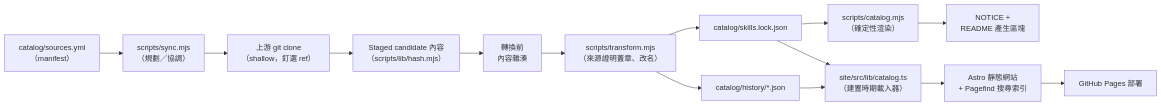
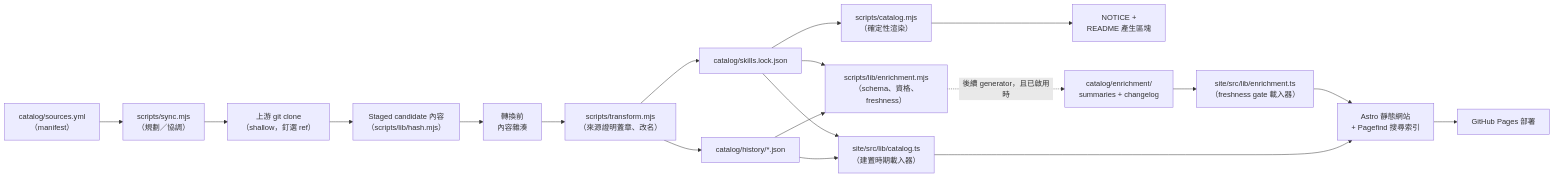
The diagram in docs/zh-TW/architecture.md (lettucebo/Skills), drawn with Mermaid before and after one commit. The commit also changed other lines of this file and 22 other files, not shown here.

First line of the commit message:
feat(scripts): add enrichment foundation and validator tiers

````diff
--- a/docs/zh-TW/architecture.md
+++ b/docs/zh-TW/architecture.md
@@ -10,16 +10,21 @@
 ```mermaid
 flowchart LR
     A["catalog/sources.yml<br/>（manifest）"] --> B["scripts/sync.mjs<br/>（規劃／協調）"]
     B --> C["上游 git clone<br/>（shallow，釘選 ref）"]
     C --> D["Staged candidate 內容<br/>（scripts/lib/hash.mjs）"]
     D --> F["轉換前<br/>內容雜湊"]
     F --> E["scripts/transform.mjs<br/>（來源證明蓋章、改名）"]
     E --> G["catalog/skills.lock.json"]
     E --> H["catalog/history/*.json"]
     G --> M["scripts/catalog.mjs<br/>（確定性渲染）"]
     M --> I["NOTICE +<br/>README 產生區塊"]
+    G --> N["scripts/lib/enrichment.mjs<br/>（schema、資格、freshness）"]
+    H --> N
+    N -. "後續 generator，且已啟用時" .-> O["catalog/enrichment/<br/>summaries + changelog"]
     G --> J["site/src/lib/catalog.ts<br/>（建置時期載入器）"]
     H --> J
+    O --> P["site/src/lib/enrichment.ts<br/>（freshness gate 載入器）"]
+    P --> K
     J --> K["Astro 靜態網站<br/>+ Pagefind 搜尋索引"]
     K --> L["GitHub Pages 部署"]
 ```
````
